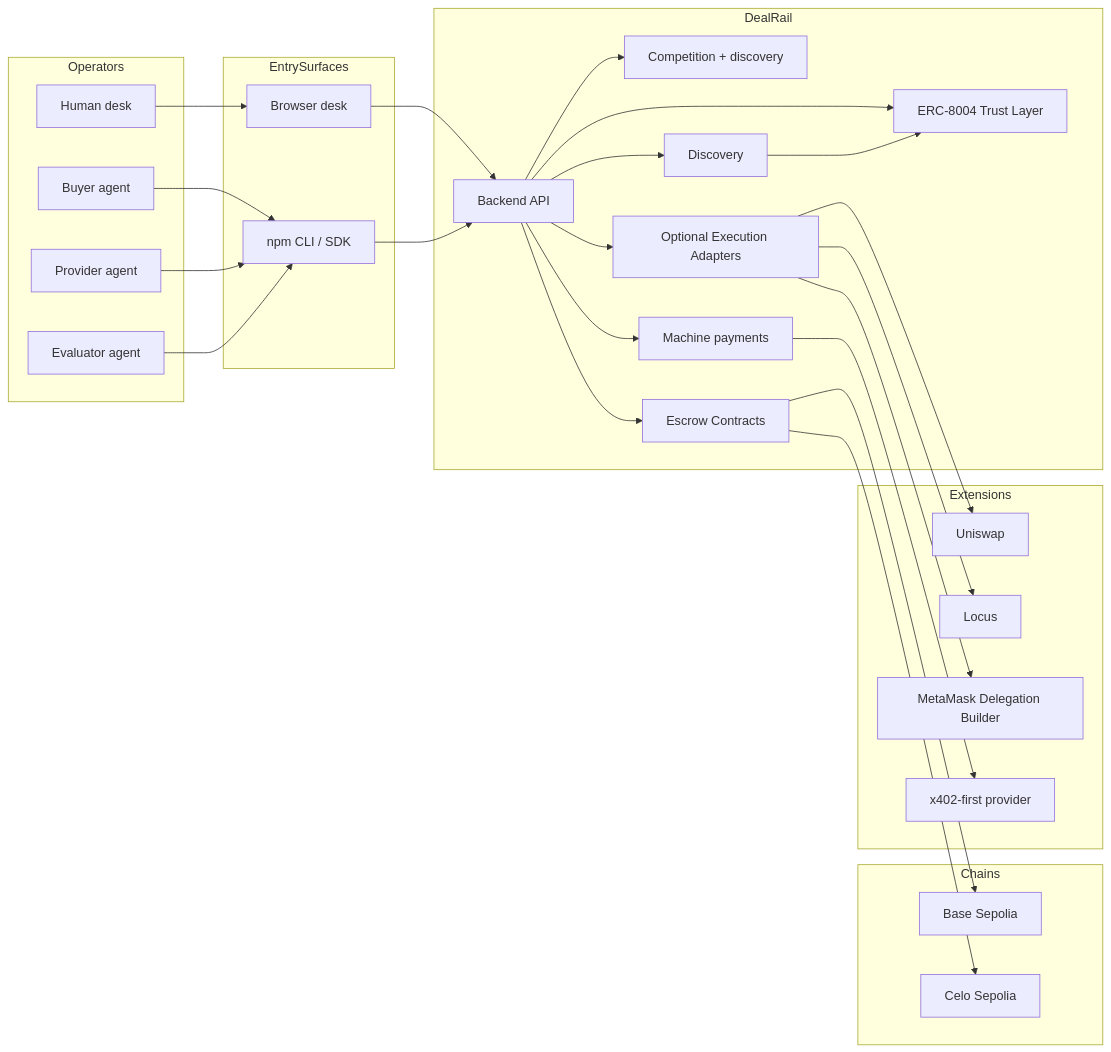
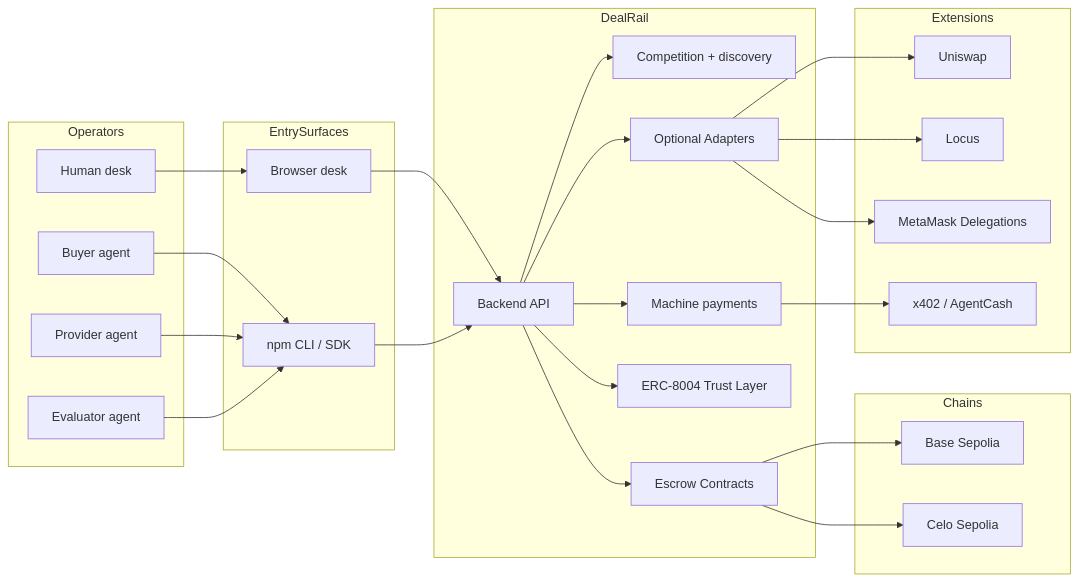
The first of 5 diagrams in docs/submission/06_VISUAL_ARCHITECTURE.md (Kairen-Protocol/kairen-dealrail), drawn with Mermaid before and after one commit. The commit also changed other lines of this file and 28 other files, not shown here.

First line of the commit message:
docs: update AGENT.md, README.md, and STATUS.md for clarity and new roadmap

````diff
--- a/docs/submission/06_VISUAL_ARCHITECTURE.md
+++ b/docs/submission/06_VISUAL_ARCHITECTURE.md
@@ -17,59 +17,55 @@
 ```mermaid
 flowchart LR
   subgraph Operators
     H[Human desk]
     B[Buyer agent]
     P[Provider agent]
     E[Evaluator agent]
   end
 
   subgraph EntrySurfaces
     UI[Browser desk]
     CLI[npm CLI / SDK]
   end
 
   subgraph DealRail
     API[Backend API]
     NEG[Competition + discovery]
     PAY[Machine payments]
-    DISC[Discovery]
     ESC[Escrow Contracts]
     TRUST[ERC-8004 Trust Layer]
-    ADAPT[Optional Execution Adapters]
+    ADAPT[Optional Adapters]
   end
 
   subgraph Chains
     BASE[Base Sepolia]
     CELO[Celo Sepolia]
   end
 
   subgraph Extensions
     UNI[Uniswap]
     LOC[Locus]
-    DEL[MetaMask Delegation Builder]
-    X4[x402 / AgentCash Path]
+    DEL[MetaMask Delegations]
+    X4[x402 / AgentCash]
   end
 
   H --> UI
   B --> CLI
   P --> CLI
   E --> CLI
 
   UI --> API
   CLI --> API
   API --> NEG
   API --> PAY
-  API --> DISC
   API --> ESC
   API --> TRUST
   API --> ADAPT
 
-  DISC --> TRUST
-  PAY --> X4[x402-first provider]
+  PAY --> X4
   ESC --> BASE
   ESC --> CELO
-
   ADAPT --> UNI
   ADAPT --> LOC
   ADAPT --> DEL
 ```
````
